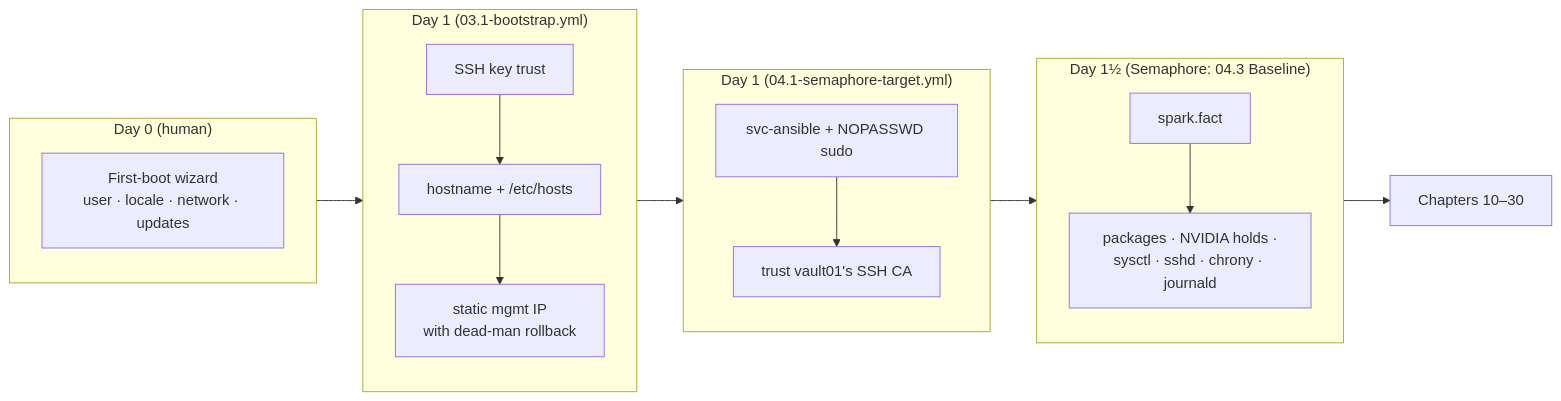
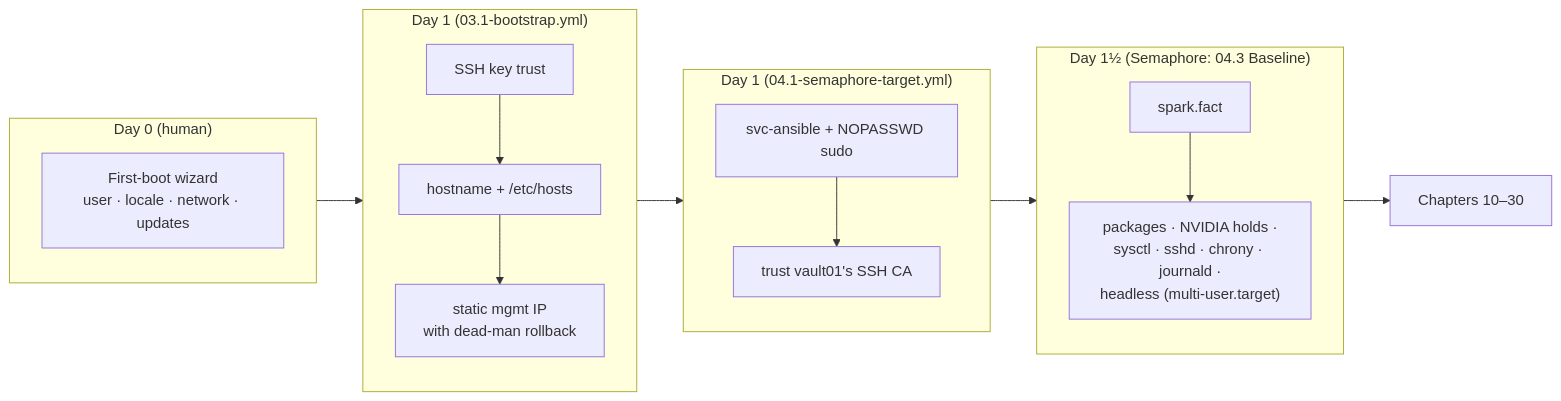
Before and after one commit to cloudone365/technical-depth: the second of 4 diagrams in 01-Ansible/03-bare-metal-provisioning-and-bootstrap.md, drawn with Mermaid. The commit also changed 58 other files, not shown here.

````diff
--- a/01-Ansible/03-bare-metal-provisioning-and-bootstrap.md
+++ b/01-Ansible/03-bare-metal-provisioning-and-bootstrap.md
@@ -46,16 +46,16 @@
 ```mermaid
 flowchart LR
   subgraph D0["Day 0 (human)"]
     W["First-boot wizard<br/>user · locale · network · updates"]
   end
   subgraph D1["Day 1 (03.1-bootstrap.yml)"]
     K["SSH key trust"] --> H["hostname + /etc/hosts"] --> N["static mgmt IP<br/>with dead-man rollback"]
   end
   subgraph D1b["Day 1 (04.1-semaphore-target.yml)"]
     SA["svc-ansible + NOPASSWD sudo"] --> CA["trust vault01's SSH CA"]
   end
   subgraph D2["Day 1½ (Semaphore: 04.3 Baseline)"]
-    F["spark.fact"] --> B["packages · NVIDIA holds ·<br/>sysctl · sshd · chrony · journald"]
+    F["spark.fact"] --> B["packages · NVIDIA holds ·<br/>sysctl · sshd · chrony · journald ·<br/>headless (multi-user.target)"]
   end
   D0 --> D1 --> D1b --> D2 --> Rest["Chapters 10–30"]
 ```
````
